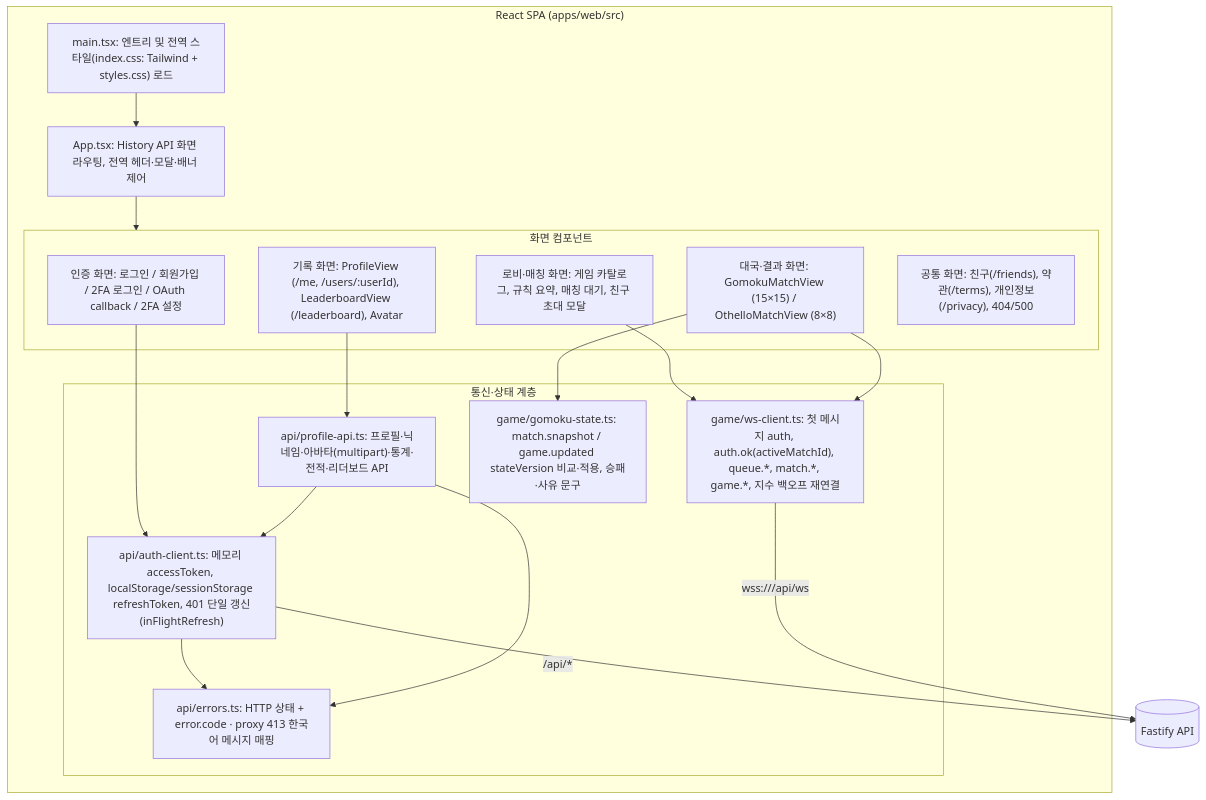
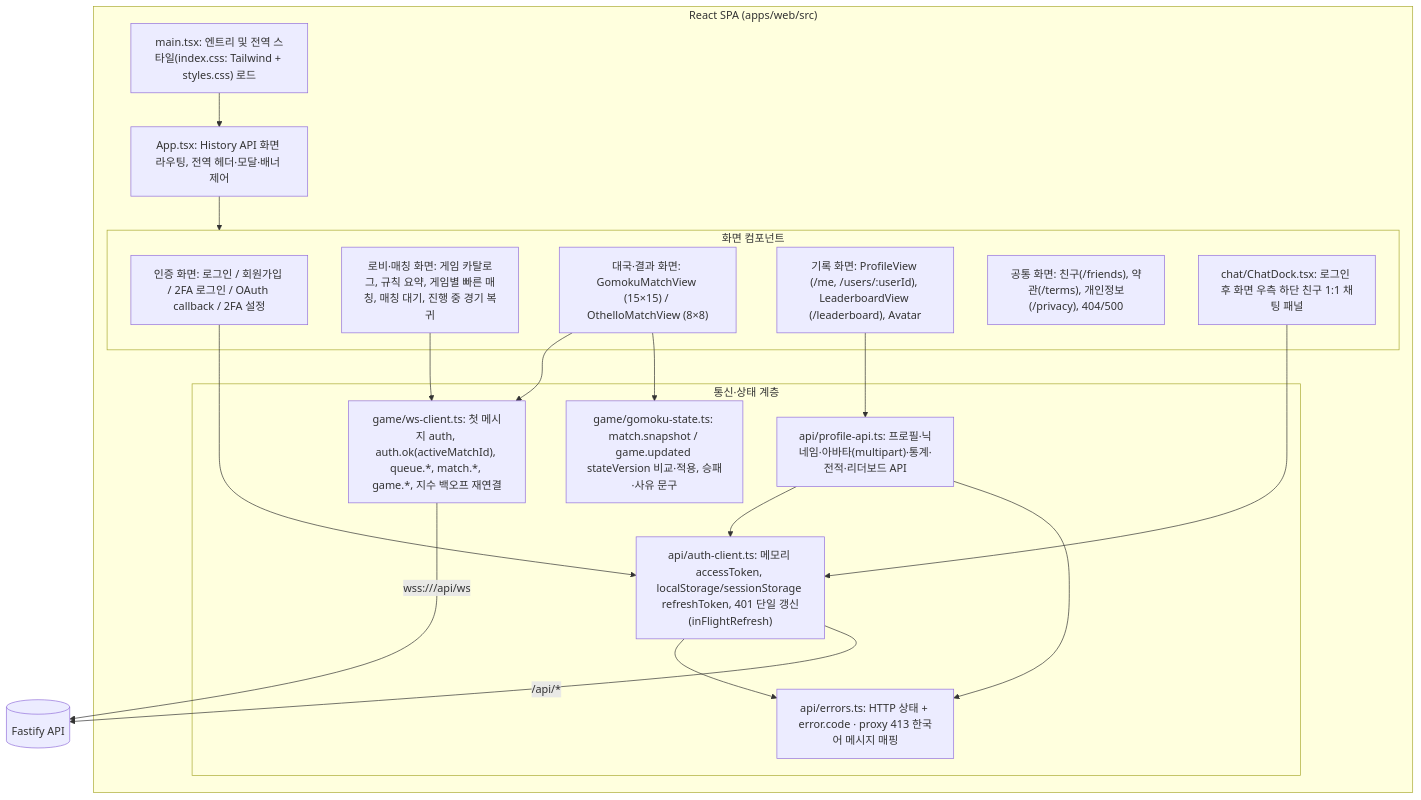
Before and after one commit to EscapeFromGyeongsan/ft_transcendence: the third of 53 diagrams in Document/SDS.md, drawn with Mermaid. The commit also changed other lines of this file and 8 other files, not shown here.

````diff
--- a/Document/SDS.md
+++ b/Document/SDS.md
@@ -234,32 +237,34 @@
 ```mermaid
 flowchart TD
     subgraph SPA["React SPA (apps/web/src)"]
         Main["main.tsx: 엔트리 및 전역 스타일(index.css: Tailwind + styles.css) 로드"]
         Router["App.tsx: History API 화면 라우팅, 전역 헤더·모달·배너 제어"]
         subgraph Views["화면 컴포넌트"]
             AuthViews["인증 화면: 로그인 / 회원가입 / 2FA 로그인 / OAuth callback / 2FA 설정"]
-            LobbyView["로비·매칭 화면: 게임 카탈로그, 규칙 요약, 매칭 대기, 친구 초대 모달"]
+            LobbyView["로비·매칭 화면: 게임 카탈로그, 규칙 요약, 게임별 빠른 매칭, 매칭 대기, 진행 중 경기 복귀"]
             MatchView["대국·결과 화면: GomokuMatchView (15×15) / OthelloMatchView (8×8)"]
             ProfileViews["기록 화면: ProfileView (/me, /users/:userId), LeaderboardView (/leaderboard), Avatar"]
             StaticViews["공통 화면: 친구(/friends), 약관(/terms), 개인정보(/privacy), 404/500"]
+            ChatView["chat/ChatDock.tsx: 로그인 후 화면 우측 하단 친구 1:1 채팅 패널"]
         end
         subgraph Clients["통신·상태 계층"]
             AuthClient["api/auth-client.ts: 메모리 accessToken, localStorage/sessionStorage refreshToken, 401 단일 갱신(inFlightRefresh)"]
             ProfileApi["api/profile-api.ts: 프로필·닉네임·아바타(multipart)·통계·전적·리더보드 API"]
             ErrorMap["api/errors.ts: HTTP 상태 + error.code · proxy 413 한국어 메시지 매핑"]
             WsClient["game/ws-client.ts: 첫 메시지 auth, auth.ok(activeMatchId), queue.*, match.*, game.*, 지수 백오프 재연결"]
             GameState["game/gomoku-state.ts: match.snapshot / game.updated stateVersion 비교·적용, 승패·사유 문구"]
         end
     end
     Main --> Router --> Views
     AuthViews --> AuthClient
     LobbyView --> WsClient
     MatchView --> WsClient
     MatchView --> GameState
     ProfileViews --> ProfileApi
     ProfileApi --> AuthClient
+    ChatView --> AuthClient
     AuthClient --> ErrorMap
     ProfileApi --> ErrorMap
     AuthClient -->|"/api/*"| API[(Fastify API)]
     WsClient -->|"wss://<host>/api/ws"| API
 ```
````
